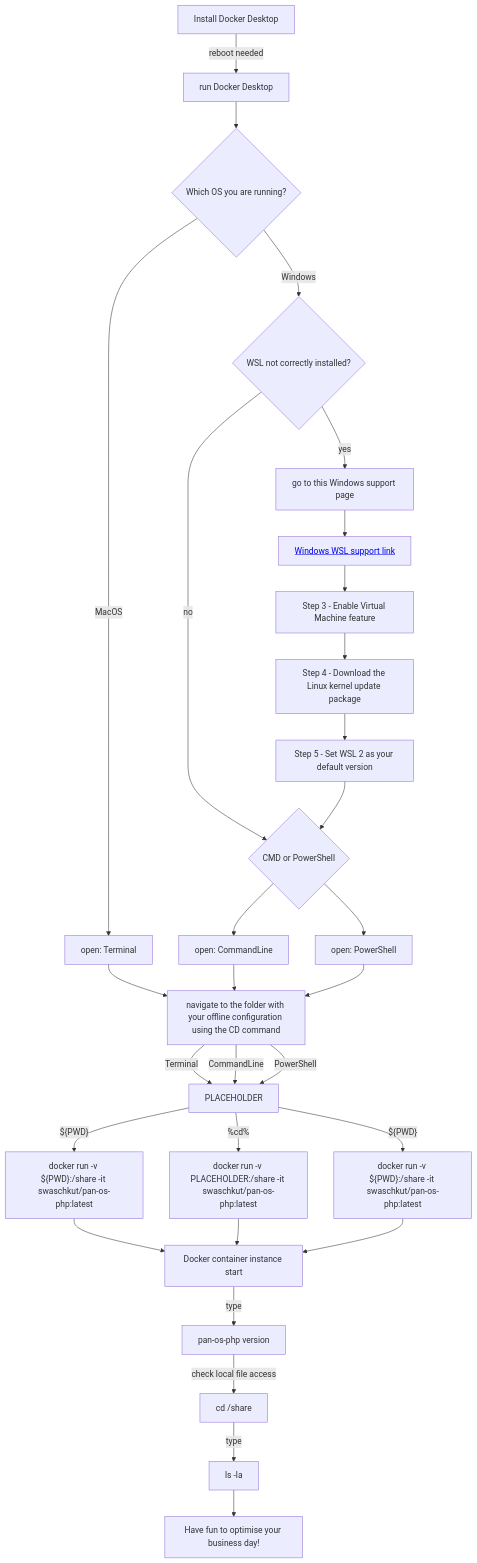
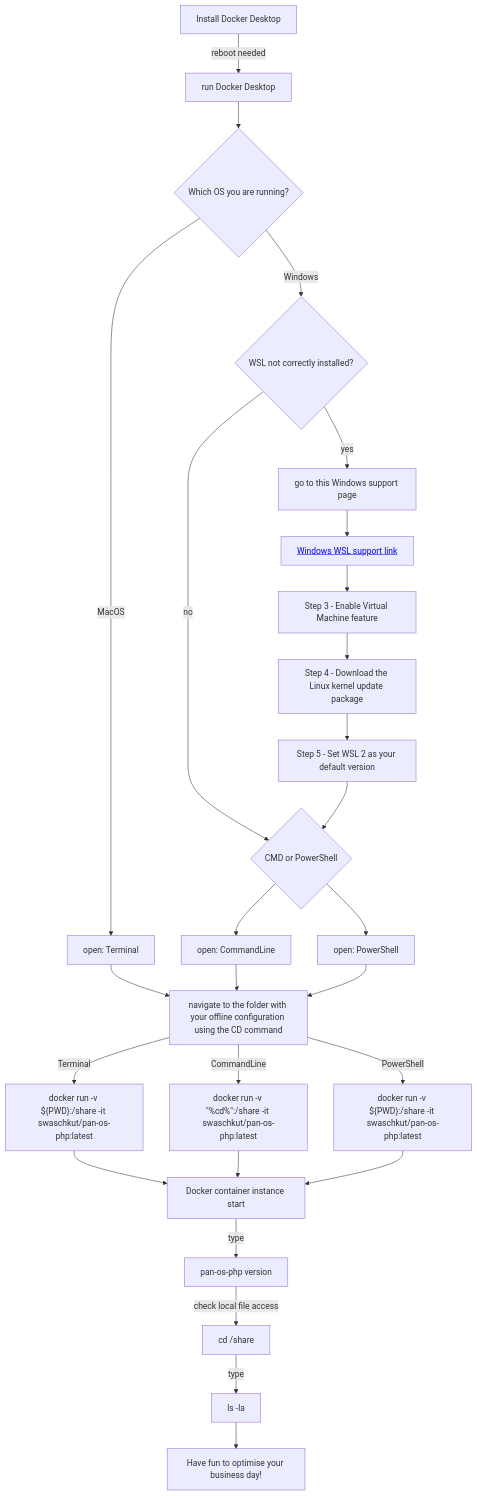
Before and after one commit to PaloAltoNetworks/pan-os-php: the diagram in READMEdocker.md, drawn with Mermaid.

````diff
--- a/READMEdocker.md
+++ b/READMEdocker.md
@@ -4,62 +4,62 @@
 ```mermaid
 graph TD
     
     
     BB[Install Docker Desktop] -->|reboot needed| CC[run Docker Desktop]
     CC --> CC1[which OS]
     
     CC1{Which OS you are running?} -->|MacOS| B1[open: Terminal]
     CC1{Which OS you are running?} -->|Windows| C1[check Docker]
     
     
-    B1 --> Z[navigate to the folder with your offline configuration using the CD command]
+    B1 --> Z1[navigate to the folder with your offline configuration using the CD command]
     
-    Z -->|Terminal| Z1[PLACEHOLDER]
-    Z1 -->|"${PWD}"| K1A["docker run -v ${PWD}:/share -it swaschkut/pan-os-php:latest"]
+  
+    Z1 -->|Terminal| K1A["docker run -v ${PWD}:/share -it swaschkut/pan-os-php:latest"]
     
     
    
     
     
  
     
     C1{WSL not correctly installed?} -->|no| C8[continue]
     C1{WSL not correctly installed?} -->|yes| C3[go to this Windows support page]
     
    
     
     C3 --> C4[<a href='https://docs.microsoft.com/en-gb/windows/wsl/install-manual'>Windows WSL support link</a>]
     
     C4 --> C5[Step 3 - Enable Virtual Machine feature]
     C5 --> C6[Step 4 - Download the Linux kernel update package]
     C6 --> C7[Step 5 - Set WSL 2 as your default version]
     
     
     C7 --> C8[continue]
     
     C8{CMD or PowerShell} --> E2[open: CommandLine]
     C8{CMD or PowerShell} --> F2[open: PowerShell]
     
     
-    E2 --> Z[navigate to the folder with your offline configuration using the CD command]
-    Z -->|CommandLine| Z1[PLACEHOLDER]
-    F2 --> Z[navigate to the folder with your offline configuration using the CD command]
-    Z -->|PowerShell| Z1[PLACEHOLDER]
+    E2 --> Z1[navigate to the folder with your offline configuration using the CD command]
     
-    Z1 -->|"%cd%"| K1B["docker run -v PLACEHOLDER:/share -it swaschkut/pan-os-php:latest"]
-    Z1 -->|"${PWD}"| K1C["docker run -v ${PWD}:/share -it swaschkut/pan-os-php:latest"]
+    F2 --> Z1[navigate to the folder with your offline configuration using the CD command]
+    
+    
+    Z1 -->|CommandLine| K1B["docker run -v #quot;%cd%#quot;:/share -it swaschkut/pan-os-php:latest"]
+    Z1 -->|PowerShell| K1C["docker run -v ${PWD}:/share -it swaschkut/pan-os-php:latest"]
     
     
     
  
     
     K1A --> K3[Docker container instance start]
     K1B --> K3[Docker container instance start]
     K1C --> K3[Docker container instance start]
     K3 -->|type| L[pan-os-php version]
 
     L -->|check local file access| M[cd /share]
     M -->|type| R[ls -la]
     
     R --> S[Have fun to optimise your business day!]
 ```
````
